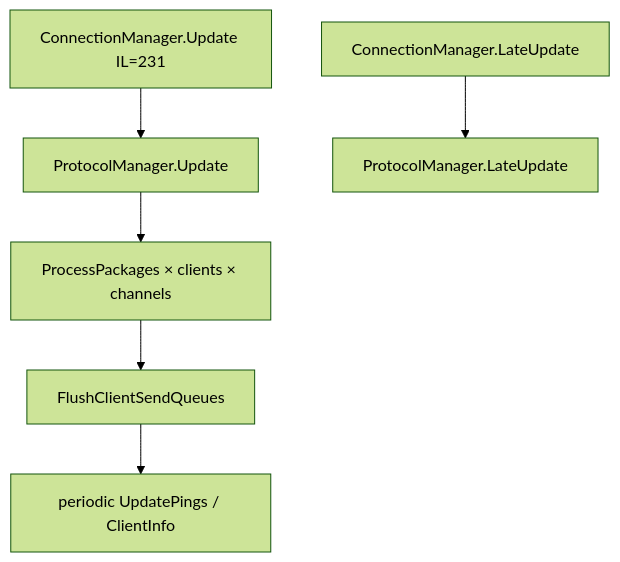
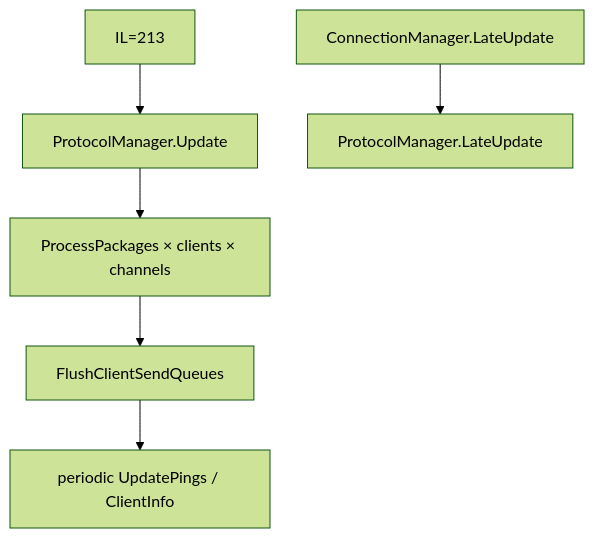
One commit to hordeforge/7dtd-engine-research changed the first of 5 diagrams in docs/network/network.md. Above: the diagram before and after it, drawn with Mermaid (forest theme). The commit also changed other lines of this file and 32 other files, not shown here.

````diff
--- a/docs/network/network.md
+++ b/docs/network/network.md
@@ -19,10 +19,10 @@
 ```mermaid
 flowchart TD
-  CU[ConnectionManager.Update IL=231]
+  CU[ IL=213]
   CU --> PU[ProtocolManager.Update]
   PU --> PP[ProcessPackages × clients × channels]
   PP --> FL[FlushClientSendQueues]
   FL --> PI[periodic UpdatePings / ClientInfo]
   CL[ConnectionManager.LateUpdate]
   CL --> PL[ProtocolManager.LateUpdate]
 ```
````
